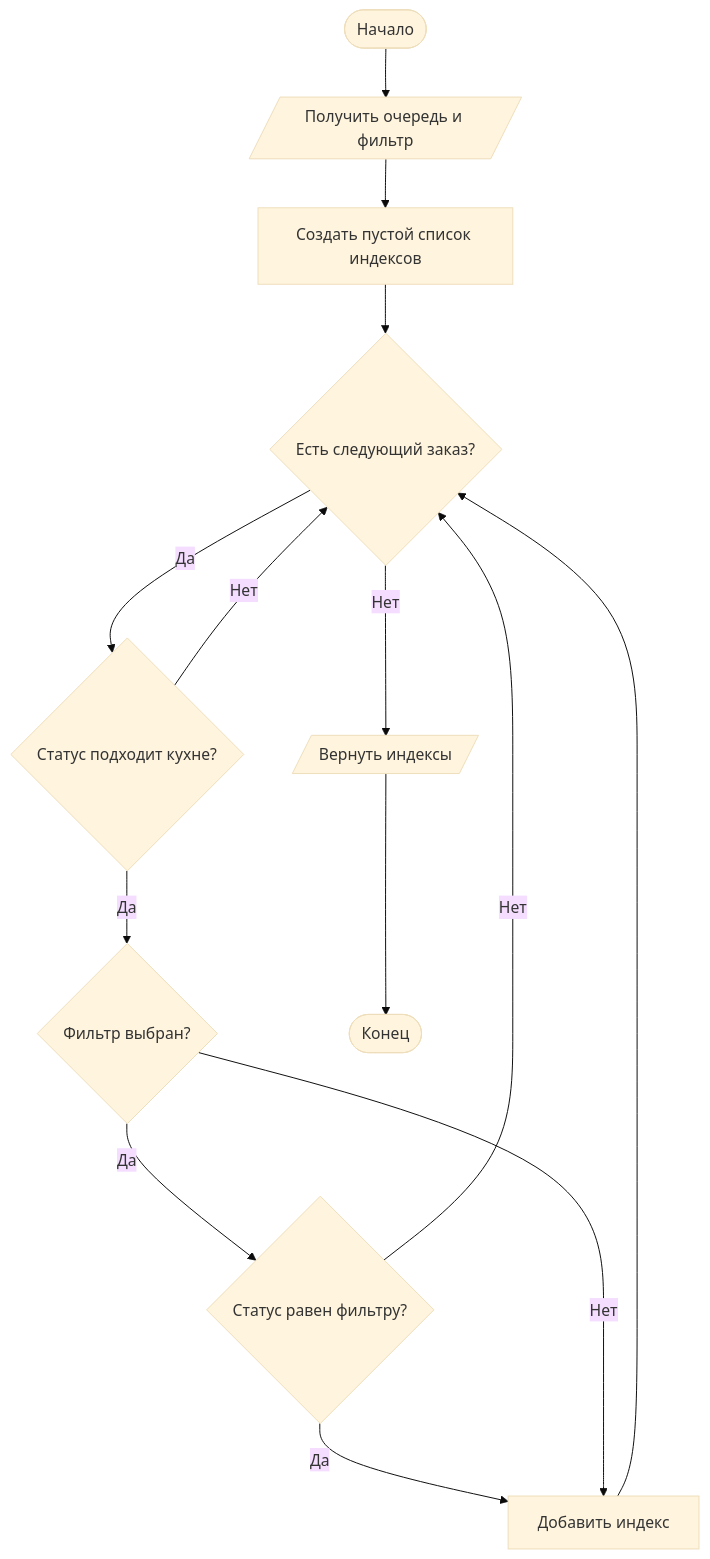
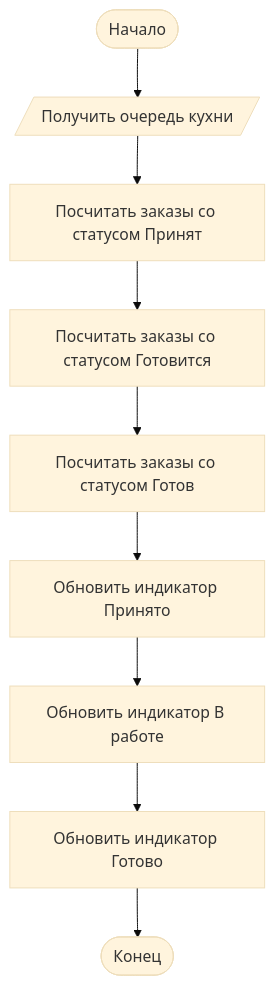
One commit to jakepz12/GastroSoft-course-work- changed the fourth of 6 diagrams in docs/kitchen_functions.md. Above: the diagram before and after it, drawn with Mermaid (base theme). The commit also changed other lines of this file and 2 other files, not shown here.

````diff
--- a/docs/kitchen_functions.md
+++ b/docs/kitchen_functions.md
@@ -154,16 +239,11 @@
 ```mermaid
 flowchart TD
-    A([Начало]) --> B[/Получить очередь и фильтр/]
-    B --> C[Создать пустой список индексов]
-    C --> D{Есть следующий заказ?}
-    D -- Нет --> E[/Вернуть индексы/]
-    D -- Да --> F{Статус подходит кухне?}
-    F -- Нет --> D
-    F -- Да --> G{Фильтр выбран?}
-    G -- Да --> H{Статус равен фильтру?}
-    H -- Нет --> D
-    H -- Да --> I[Добавить индекс]
-    G -- Нет --> I
-    I --> D
-    E --> J([Конец])
+    A([Начало]) --> B[/Получить очередь кухни/]
+    B --> C[Посчитать заказы со статусом Принят]
+    C --> D[Посчитать заказы со статусом Готовится]
+    D --> E[Посчитать заказы со статусом Готов]
+    E --> F[Обновить индикатор Принято]
+    F --> G[Обновить индикатор В работе]
+    G --> H[Обновить индикатор Готово]
+    H --> I([Конец])
 ```
````
